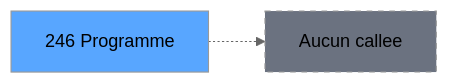
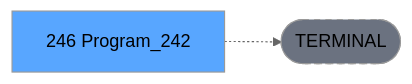
The third of 3 diagrams in .openspec/specs/ADH-IDE-246.md (thonyAGP/lecteur-magic), drawn with Mermaid (neutral theme) before and after one commit. The commit also changed other lines of this file and 701 other files, not shown here.

````diff
--- a/.openspec/specs/ADH-IDE-246.md
+++ b/.openspec/specs/ADH-IDE-246.md
@@ -120,8 +134,8 @@
 ```mermaid
 graph LR
-    T[246 Programme]
-    NONE[Aucun callee]
-    T -.-> NONE
+    T[246 Program_242]
+    TERM([TERMINAL])
+    T -.-> TERM
+    style TERM fill:#6b7280,stroke-dasharray: 5 5
     style T fill:#58a6ff,color:#000
-    style NONE fill:#6b7280,stroke-dasharray: 5 5
 ```
````
